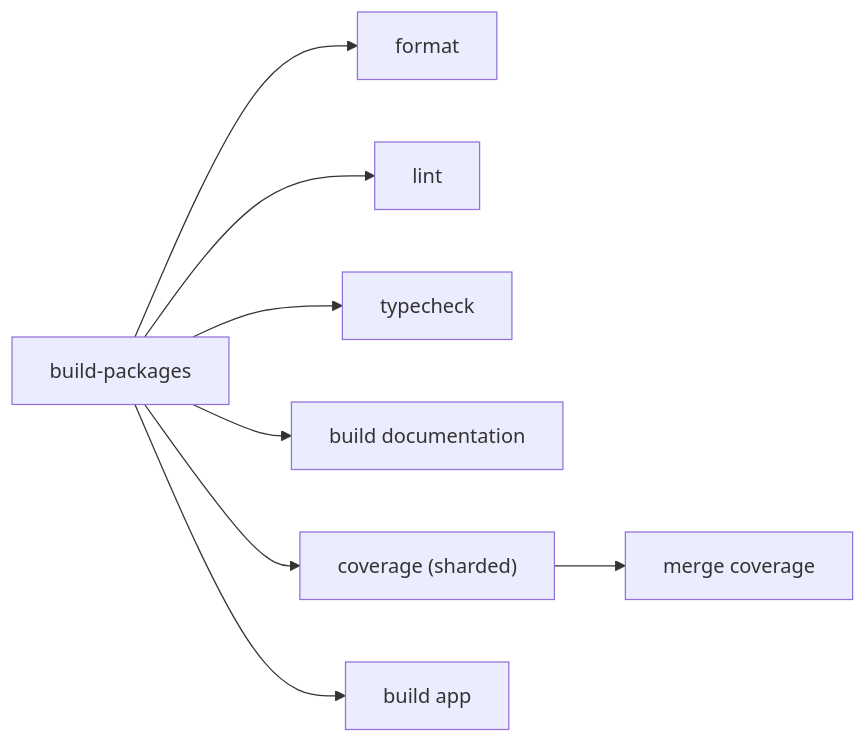
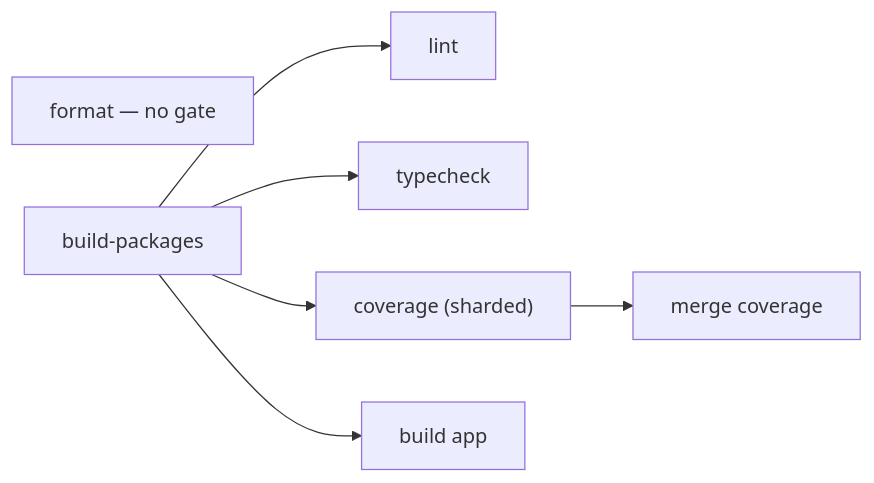
The diagram in packages/app/content/docs/architecture/monorepo-tooling.md (Esposter/Esposter), drawn with Mermaid before and after one commit. The commit also changed other lines of this file and 4 other files, not shown here.

````diff
--- a/packages/app/content/docs/architecture/monorepo-tooling.md
+++ b/packages/app/content/docs/architecture/monorepo-tooling.md
@@ -80,9 +80,8 @@
 ```mermaid
 flowchart LR
-  BP[build-packages] --> F[format]
-  BP --> L[lint]
+  F["format — no gate"]
+  BP[build-packages] --> L[lint]
   BP --> T[typecheck]
-  BP --> D[build documentation]
   BP --> C["coverage (sharded)"] --> M[merge coverage]
   BP --> A[build app]
 ```
````
